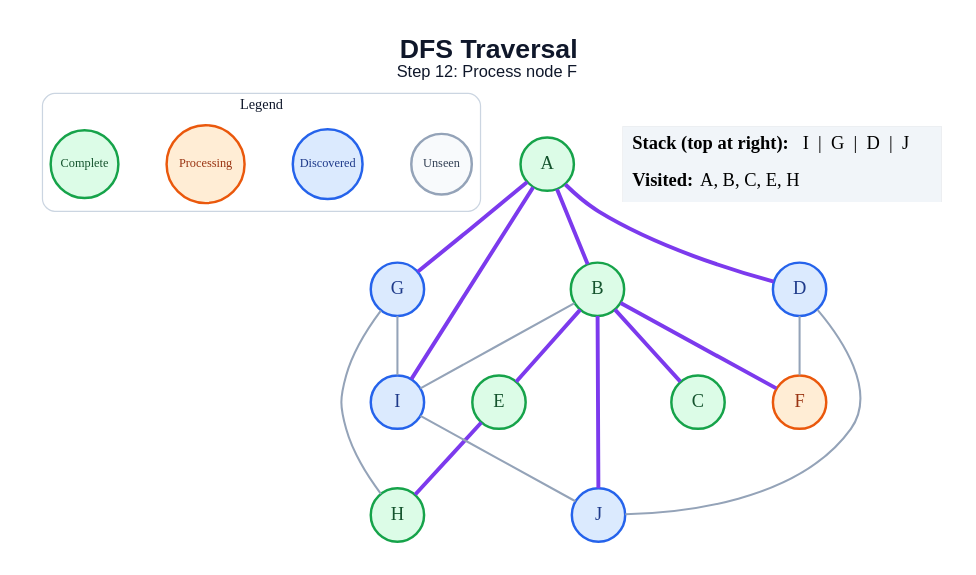
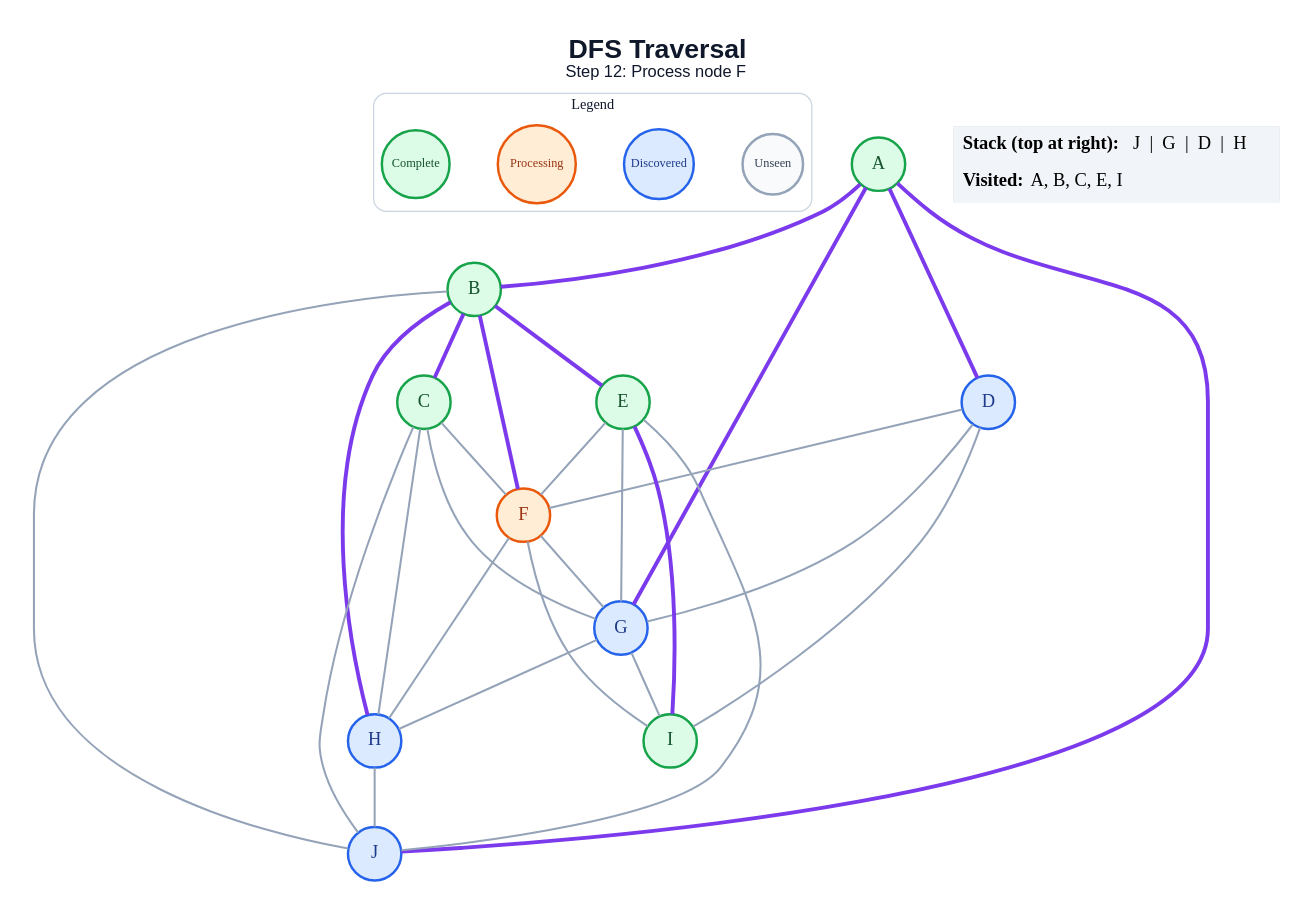
The diagram in generated/dfs/step_12.dot (anon7238593-create/ai-slop), drawn with Graphviz before and after one commit. The commit also changed 171 other files, not shown here.

```diff
--- a/generated/dfs/step_12.dot
+++ b/generated/dfs/step_12.dot
@@ -1,44 +1,55 @@
 graph traversal {
   graph [layout=dot, rankdir=TB, bgcolor="#FFFFFF", pad="0.35", nodesep="0.65", ranksep="0.8", fontname="Arial"];
   node [shape=circle, style="filled", fontname="Arial Bold", fontsize=18, width=0.72, fixedsize=true, penwidth=2.4];
   edge [color="#94A3B8", penwidth=2.0];
   label=<<B>DFS Traversal</B><BR/><FONT POINT-SIZE="16">Step 12: Process node F</FONT>>; labelloc="t"; fontsize=26; fontname="Arial"; fontcolor="#0F172A";
   subgraph cluster_legend { label="Legend"; color="#CBD5E1"; penwidth=1.2; style="rounded"; fontsize=14; fontname="Arial Bold";
     key_unseen [label="Unseen", fillcolor="#F8FAFC", color="#94A3B8", fontcolor="#334155", fontsize=12, width=0.82];
     key_frontier [label="Discovered", fillcolor="#DBEAFE", color="#2563EB", fontcolor="#1E3A8A", fontsize=12, width=0.95];
     key_current [label="Processing", fillcolor="#FFEDD5", color="#EA580C", fontcolor="#9A3412", fontsize=12, width=1.05];
     key_done [label="Complete", fillcolor="#DCFCE7", color="#16A34A", fontcolor="#14532D", fontsize=12, width=0.92];
     { rank=same; key_unseen; key_frontier; key_current; key_done; }
   }
   A [fillcolor="#DCFCE7", color="#16A34A", fontcolor="#14532D"];
   B [fillcolor="#DCFCE7", color="#16A34A", fontcolor="#14532D"];
   C [fillcolor="#DCFCE7", color="#16A34A", fontcolor="#14532D"];
   D [fillcolor="#DBEAFE", color="#2563EB", fontcolor="#1E3A8A"];
   E [fillcolor="#DCFCE7", color="#16A34A", fontcolor="#14532D"];
   F [fillcolor="#FFEDD5", color="#EA580C", fontcolor="#9A3412"];
   G [fillcolor="#DBEAFE", color="#2563EB", fontcolor="#1E3A8A"];
-  H [fillcolor="#DCFCE7", color="#16A34A", fontcolor="#14532D"];
-  I [fillcolor="#DBEAFE", color="#2563EB", fontcolor="#1E3A8A"];
+  H [fillcolor="#DBEAFE", color="#2563EB", fontcolor="#1E3A8A"];
+  I [fillcolor="#DCFCE7", color="#16A34A", fontcolor="#14532D"];
   J [fillcolor="#DBEAFE", color="#2563EB", fontcolor="#1E3A8A"];
   A -- B [color="#7C3AED", penwidth=3.8];
   A -- D [color="#7C3AED", penwidth=3.8];
   A -- G [color="#7C3AED", penwidth=3.8];
-  A -- I [color="#7C3AED", penwidth=3.8];
+  A -- J [color="#7C3AED", penwidth=3.8];
   B -- C [color="#7C3AED", penwidth=3.8];
   B -- E [color="#7C3AED", penwidth=3.8];
   B -- F [color="#7C3AED", penwidth=3.8];
-  B -- I;
-  B -- J [color="#7C3AED", penwidth=3.8];
+  B -- H [color="#7C3AED", penwidth=3.8];
+  B -- J;
+  C -- F;
+  C -- G;
+  C -- H;
+  C -- J;
   D -- F;
-  D -- J;
-  E -- H [color="#7C3AED", penwidth=3.8];
+  D -- G;
+  D -- I;
+  E -- F;
+  E -- G;
+  E -- I [color="#7C3AED", penwidth=3.8];
+  E -- J;
+  F -- G;
+  F -- H;
+  F -- I;
   G -- H;
   G -- I;
-  I -- J;
+  H -- J;
   status [shape=plain, fixedsize=false, width=0, height=0, margin=0, label=<
     <TABLE BORDER="0" CELLBORDER="0" CELLPADDING="7" BGCOLOR="#F1F5F9">
-      <TR><TD ALIGN="LEFT"><B>Stack (top at right):</B> I  |  G  |  D  |  J</TD></TR>
-      <TR><TD ALIGN="LEFT"><B>Visited:</B> A, B, C, E, H</TD></TR>
+      <TR><TD ALIGN="LEFT"><B>Stack (top at right):</B> J  |  G  |  D  |  H</TD></TR>
+      <TR><TD ALIGN="LEFT"><B>Visited:</B> A, B, C, E, I</TD></TR>
     </TABLE>
   >];
 }
```
